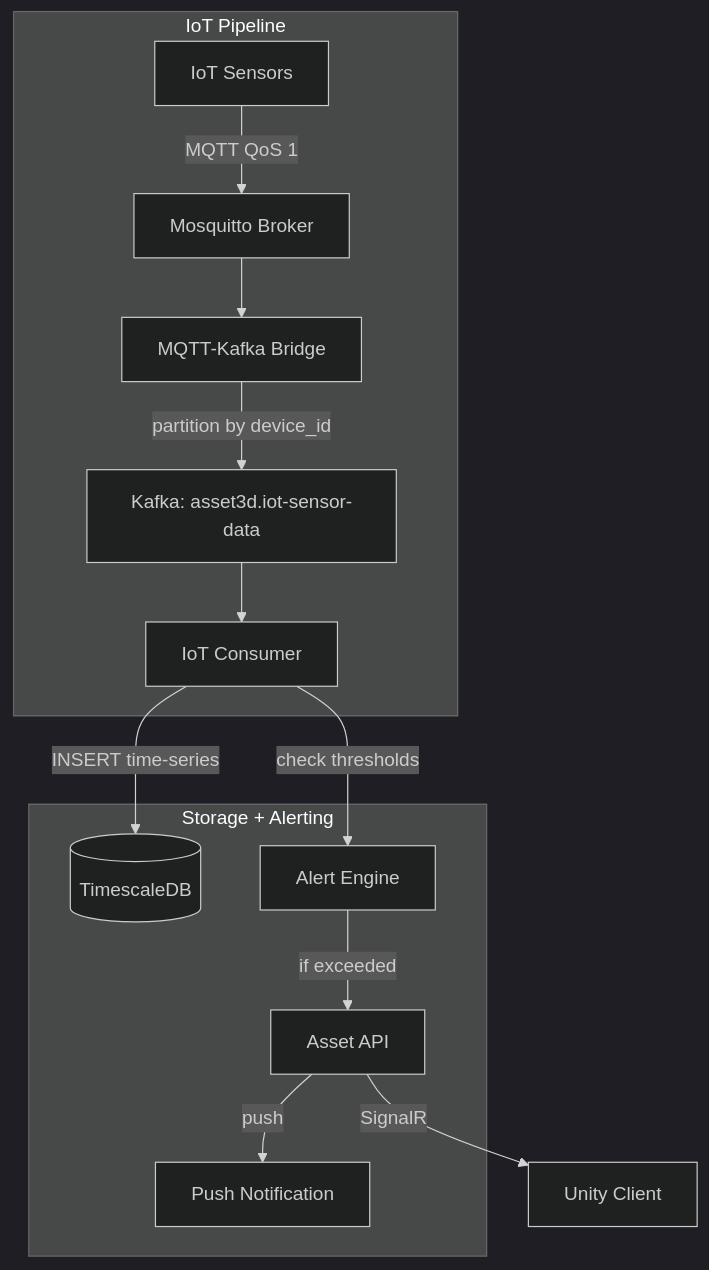
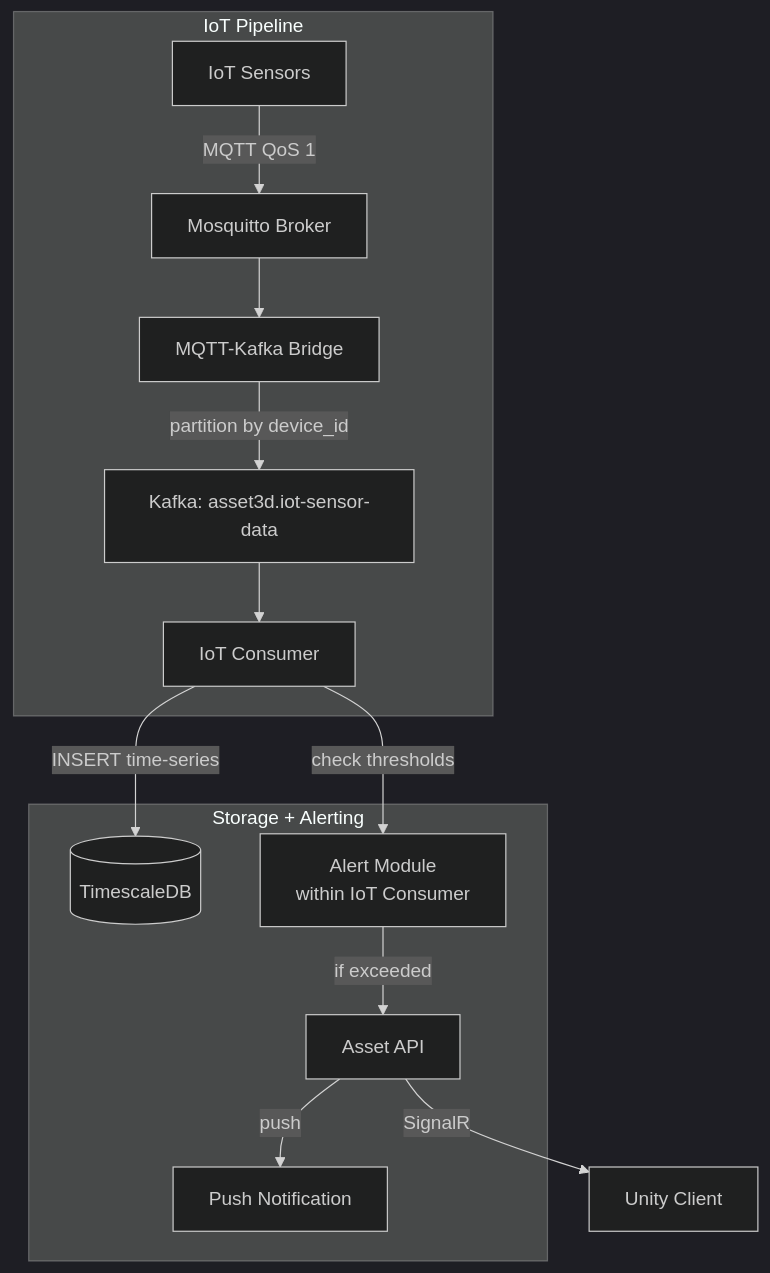
Before and after one commit to Eyolf6Coyote7/Eyolf6Coyote7: the fourth of 10 diagrams in 3d_asset_collaboration/docs/system_architecture.md, drawn with Mermaid (dark theme). The commit also changed other lines of this file, not shown here.

First line of the commit message:
🎨style#48: apply Gemini review fixes (10 items) for 3D Asset Architecture

````diff
--- a/3d_asset_collaboration/docs/system_architecture.md
+++ b/3d_asset_collaboration/docs/system_architecture.md
@@ -119,27 +119,27 @@
 ```mermaid
 graph TD
   subgraph "IoT Pipeline"
     DEVICES[IoT Sensors]
     MQTT[Mosquitto Broker]
     BRIDGE[MQTT-Kafka Bridge]
     KF_TOPIC[Kafka: asset3d.iot-sensor-data]
     CONSUMER[IoT Consumer]
   end
 
   subgraph "Storage + Alerting"
     TS[(TimescaleDB)]
-    ALERT[Alert Engine]
+    ALERT[Alert Module<br/>within IoT Consumer]
     API[Asset API]
     PUSH[Push Notification]
   end
 
   DEVICES -->|MQTT QoS 1| MQTT
   MQTT --> BRIDGE
   BRIDGE -->|partition by device_id| KF_TOPIC
   KF_TOPIC --> CONSUMER
   CONSUMER -->|INSERT time-series| TS
   CONSUMER -->|check thresholds| ALERT
   ALERT -->|if exceeded| API
   API -->|SignalR| UNITY[Unity Client]
   API -->|push| PUSH
 ```
````
